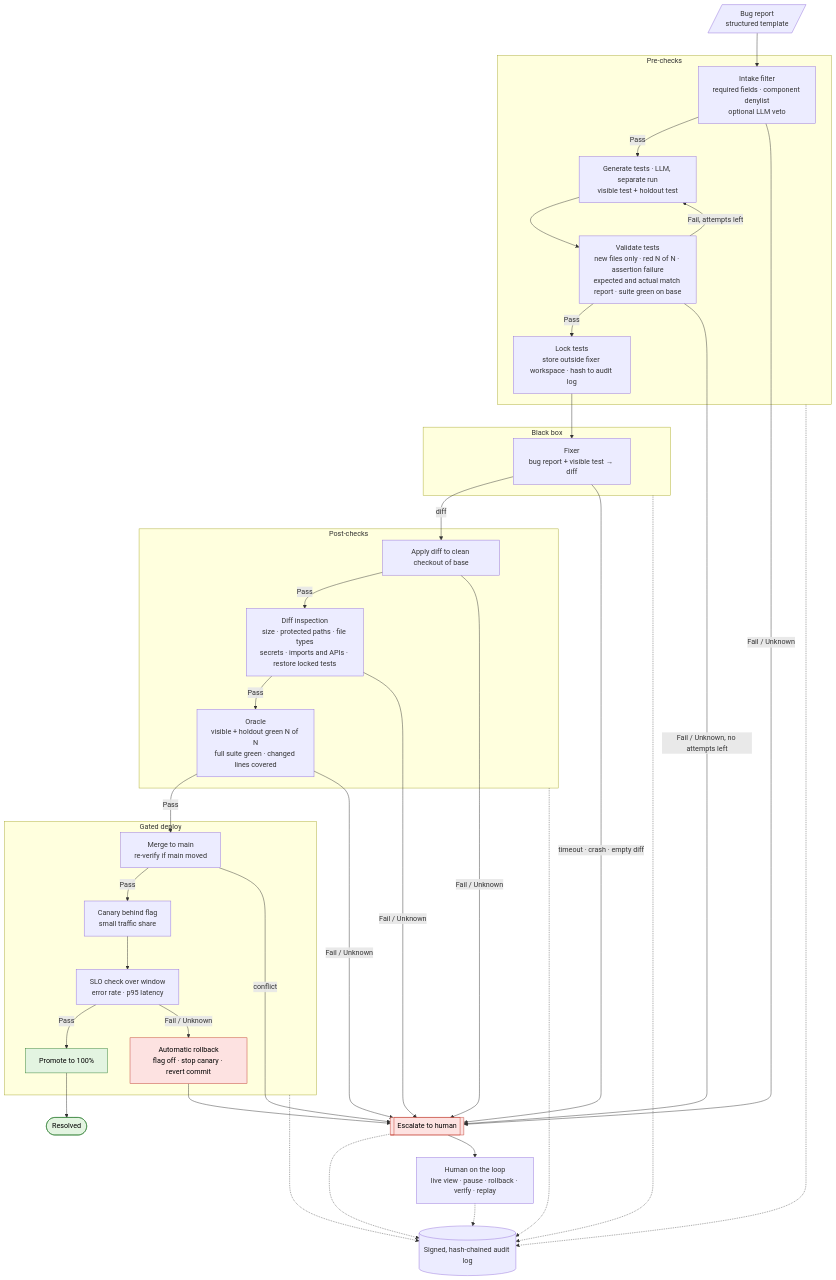
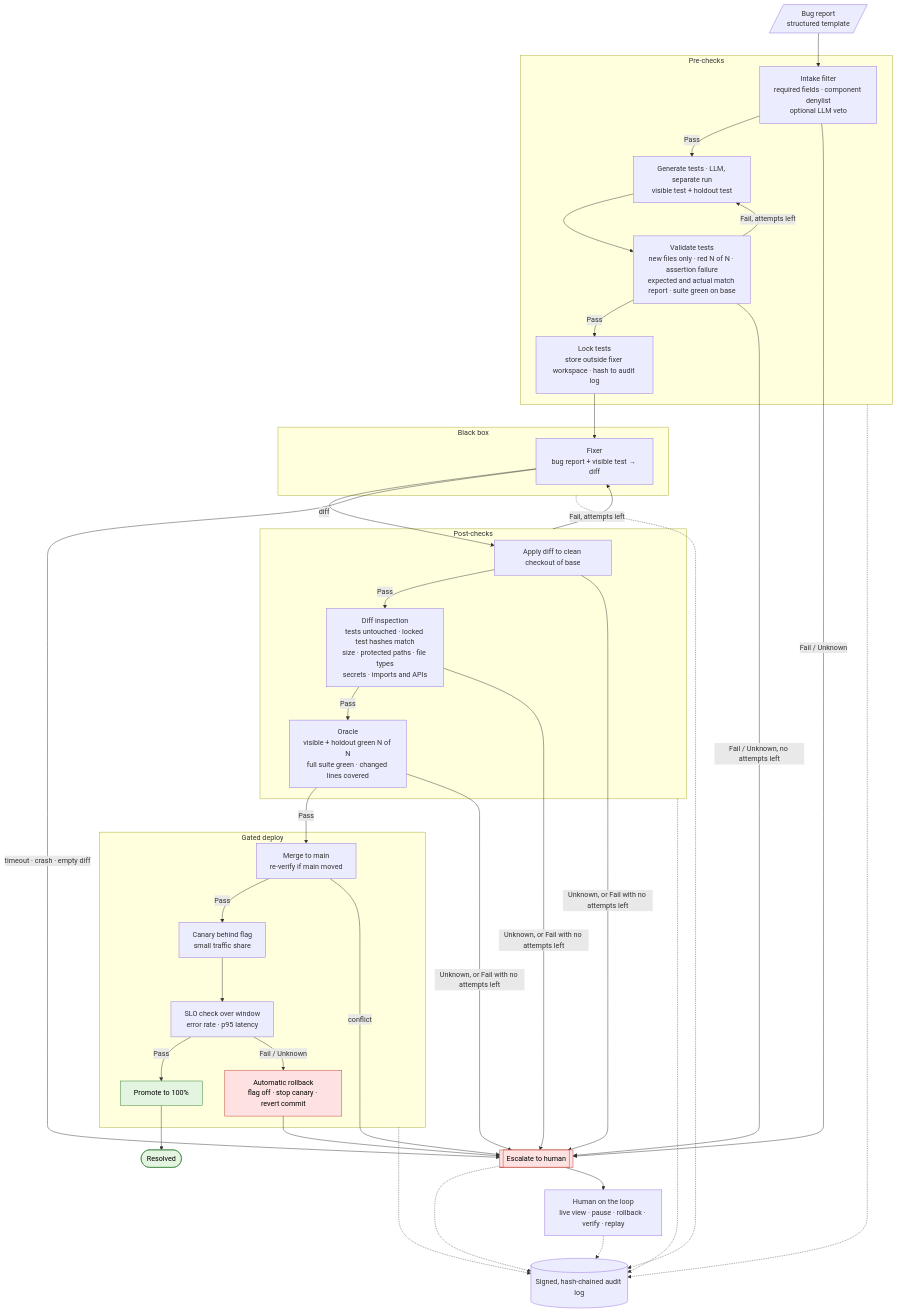
Before and after one commit to aische/dark_factory_for_bug_resolution: the diagram in .notes/Dark Factory for Bug Resolution — Requirements.md, drawn with Mermaid. The commit also changed other lines of this file, not shown here.

````diff
--- a/.notes/Dark Factory for Bug Resolution — Requirements.md
+++ b/.notes/Dark Factory for Bug Resolution — Requirements.md
@@ -43,60 +43,61 @@
 ```mermaid
 flowchart TD
     BR[/"Bug report<br/>structured template"/] --> IN
 
     subgraph PRE["Pre-checks"]
         IN["Intake filter<br/>required fields · component denylist<br/>optional LLM veto"]
         GEN["Generate tests · LLM, separate run<br/>visible test + holdout test"]
         VAL["Validate tests<br/>new files only · red N of N · assertion failure<br/>expected and actual match report · suite green on base"]
         LOCK["Lock tests<br/>store outside fixer workspace · hash to audit log"]
         IN -->|Pass| GEN --> VAL
         VAL -->|"Fail, attempts left"| GEN
         VAL -->|Pass| LOCK
     end
 
     subgraph BOX["Black box"]
         FIX["Fixer<br/>bug report + visible test → diff"]
     end
 
     subgraph POST["Post-checks"]
         APPLY["Apply diff to clean checkout of base"]
-        DIFF["Diff inspection<br/>size · protected paths · file types<br/>secrets · imports and APIs · restore locked tests"]
+        DIFF["Diff inspection<br/>tests untouched · locked test hashes match<br/>size · protected paths · file types<br/>secrets · imports and APIs"]
         ORA["Oracle<br/>visible + holdout green N of N<br/>full suite green · changed lines covered"]
         APPLY -->|Pass| DIFF -->|Pass| ORA
     end
 
     subgraph DEP["Gated deploy"]
         MRG["Merge to main<br/>re-verify if main moved"]
         CAN["Canary behind flag<br/>small traffic share"]
         SLO["SLO check over window<br/>error rate · p95 latency"]
         PROM["Promote to 100%"]
         RB["Automatic rollback<br/>flag off · stop canary · revert commit"]
         MRG -->|Pass| CAN --> SLO
         SLO -->|Pass| PROM
         SLO -->|"Fail / Unknown"| RB
     end
 
     LOCK --> FIX
     FIX -->|diff| APPLY
     ORA -->|Pass| MRG
     PROM --> DONE(["Resolved"])
 
     ESC[["Escalate to human"]]
     IN -->|"Fail / Unknown"| ESC
     VAL -->|"Fail / Unknown, no attempts left"| ESC
     FIX -->|"timeout · crash · empty diff"| ESC
-    APPLY & DIFF & ORA -->|"Fail / Unknown"| ESC
+    POST -->|"Fail, attempts left"| FIX
+    APPLY & DIFF & ORA -->|"Unknown, or Fail with no attempts left"| ESC
     MRG -->|conflict| ESC
     RB --> ESC
 
     AUD[("Signed, hash-chained audit log")]
     HUM["Human on the loop<br/>live view · pause · rollback · verify · replay"]
     PRE & BOX & POST & DEP & ESC -.-> AUD
     ESC --> HUM
     HUM -.-> AUD
 
     classDef esc fill:#fde2e1,stroke:#c0392b,color:#000
     classDef ok fill:#e3f4e1,stroke:#2e7d32,color:#000
     class ESC,RB esc
     class DONE,PROM ok
 ```
````
